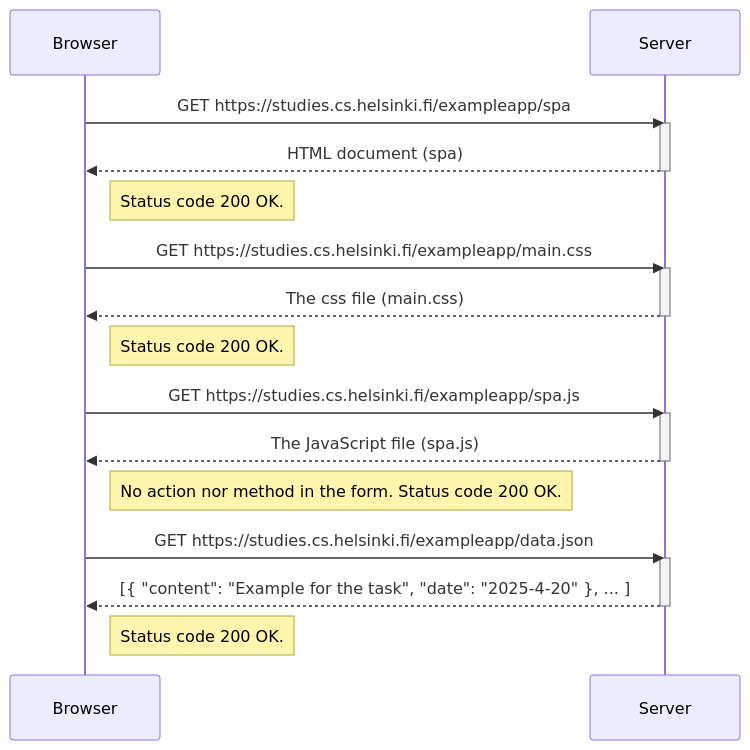
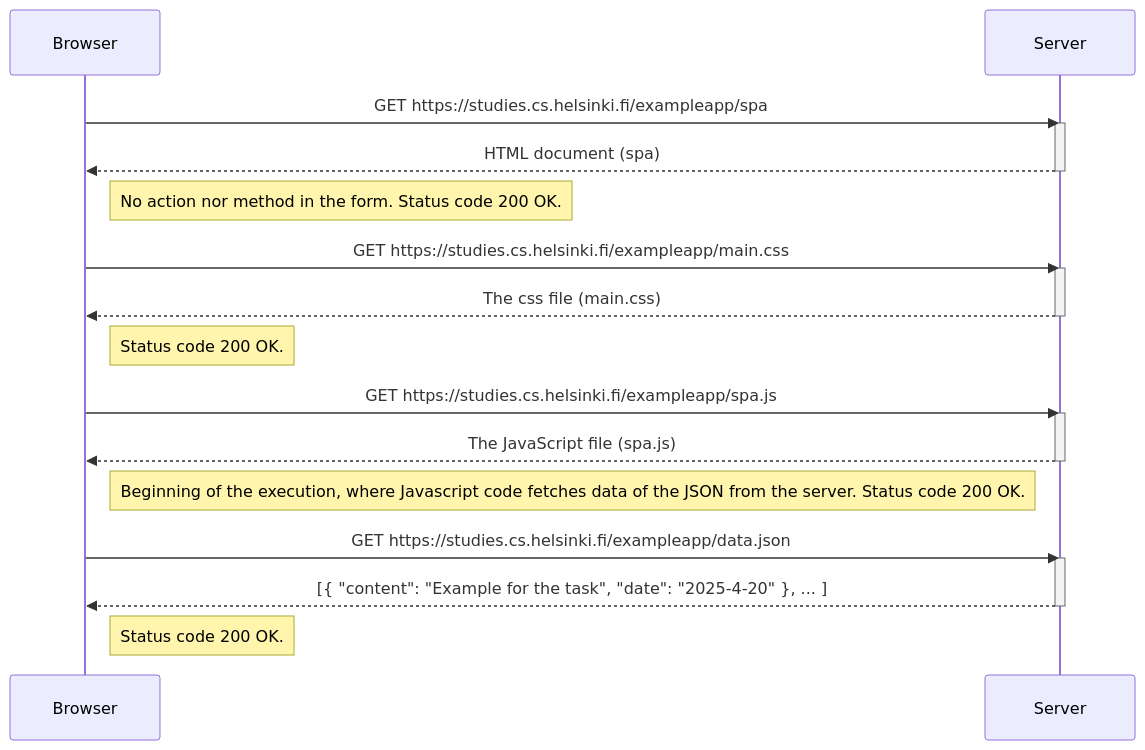
Before and after one commit to saravert/FullStackPalautus: the diagram in osa0/singlePageApp.md, drawn with Mermaid.

````diff
--- a/osa0/singlePageApp.md
+++ b/osa0/singlePageApp.md
@@ -2,33 +2,33 @@
 ```mermaid
 sequenceDiagram
     participant Browser
     participant Server
 
     Browser->>Server: GET https://studies.cs.helsinki.fi/exampleapp/spa
     activate Server
     Server-->>Browser: HTML document (spa)
     deactivate Server
 
-    Note right of Browser: Status code 200 OK. 
+    Note right of Browser:No action nor method in the form. Status code 200 OK. 
     
     Browser->>Server: GET https://studies.cs.helsinki.fi/exampleapp/main.css
     activate Server
     Server-->>Browser: The css file (main.css)
     deactivate Server
 
     Note right of Browser: Status code 200 OK. 
     
     Browser->>Server: GET https://studies.cs.helsinki.fi/exampleapp/spa.js
     activate Server
     Server-->>Browser: The JavaScript file (spa.js)
     deactivate Server
     
-    Note right of Browser: No action nor method in the form. Status code 200 OK. 
+    Note right of Browser: Beginning of the execution, where Javascript code fetches data of the JSON from the server. Status code 200 OK. 
     
     Browser->>Server: GET https://studies.cs.helsinki.fi/exampleapp/data.json
     activate Server
     Server-->>Browser: [{ "content": "Example for the task", "date": "2025-4-20" }, ... ]
     deactivate Server
 
     Note right of Browser: Status code 200 OK. 
 ```
````
